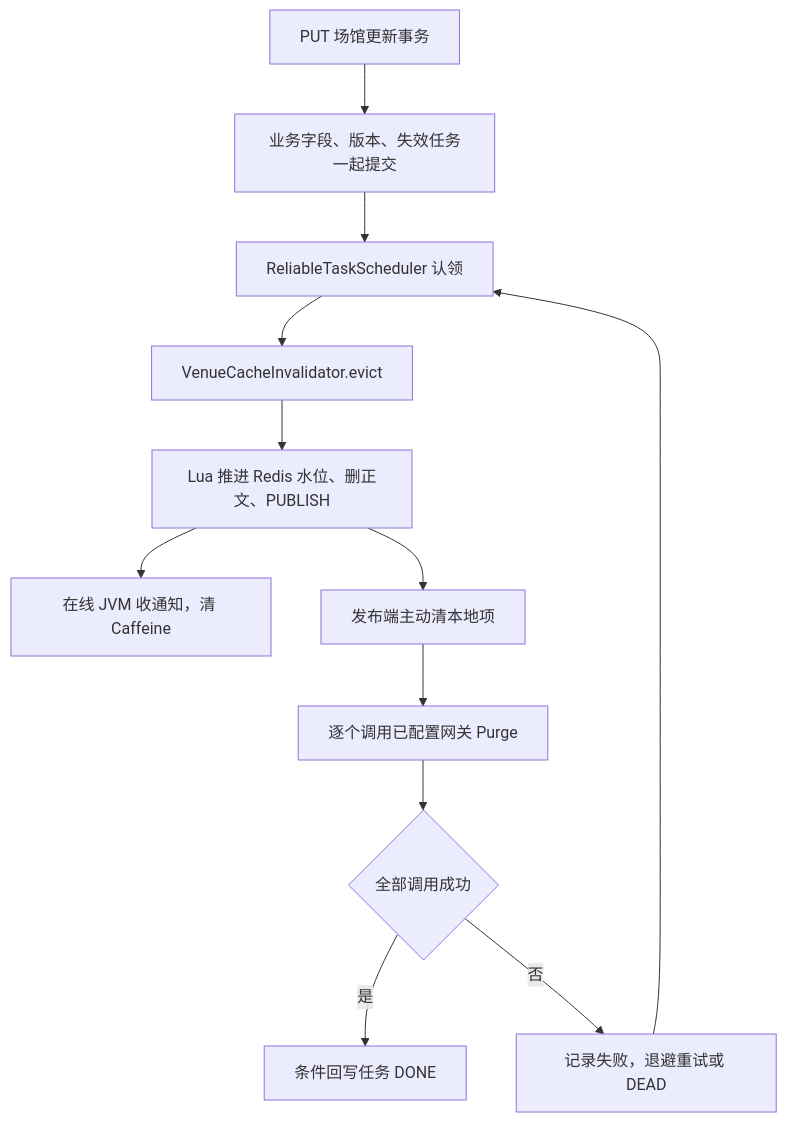
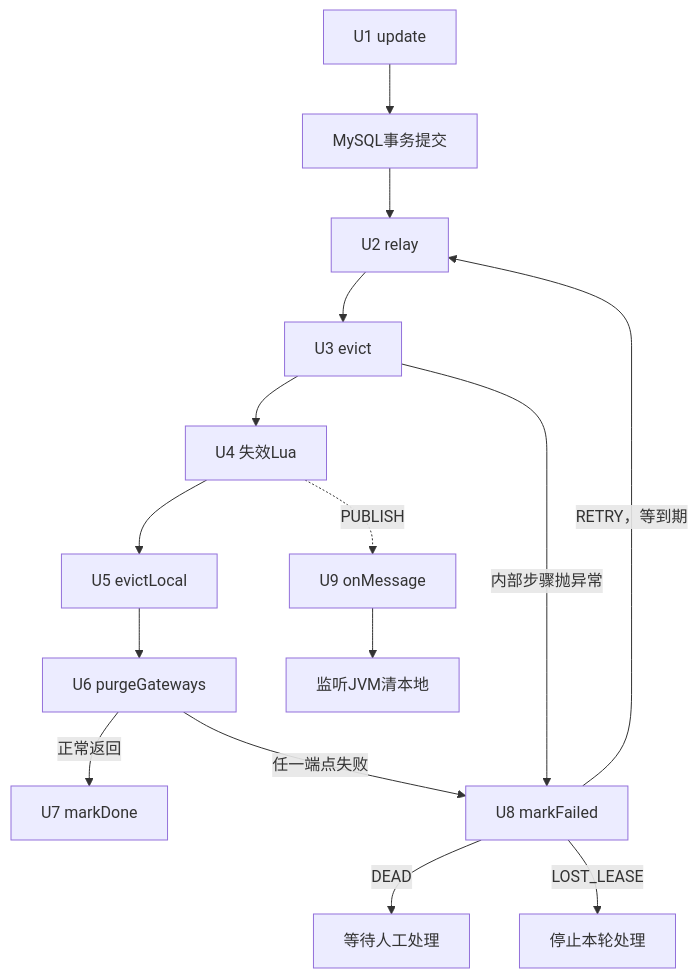
The fifth of 6 diagrams in 02-多级缓存一致性.md (SyH-101/citypass-platform), drawn with Mermaid before and after one commit. The commit also changed other lines of this file, not shown here.

Commit message:
docs: map cache refill and invalidation diagrams to implementation steps

````diff
--- a/02-多级缓存一致性.md
+++ b/02-多级缓存一致性.md
@@ -688,14 +739,17 @@
 ```mermaid
 flowchart TD
-    A["PUT 场馆更新事务"] --> B["业务字段、版本、失效任务一起提交"]
-    B --> C["ReliableTaskScheduler 认领"]
-    C --> D["VenueCacheInvalidator.evict"]
-    D --> E["Lua 推进 Redis 水位、删正文、PUBLISH"]
-    E --> F["在线 JVM 收通知，清 Caffeine"]
-    E --> G["发布端主动清本地项"]
-    G --> H["逐个调用已配置网关 Purge"]
-    H --> I{"全部调用成功"}
-    I -->|是| J["条件回写任务 DONE"]
-    I -->|否| K["记录失败，退避重试或 DEAD"]
-    K --> C
+    U1["U1 update"] --> C["MySQL事务提交"]
+    C --> U2["U2 relay"]
+    U2 --> U3["U3 evict"]
+    U3 --> U4["U4 失效Lua"]
+    U4 --> U5["U5 evictLocal"]
+    U5 --> U6["U6 purgeGateways"]
+    U6 -->|正常返回| U7["U7 markDone"]
+    U3 -->|内部步骤抛异常| U8["U8 markFailed"]
+    U6 -->|任一端点失败| U8
+    U8 -->|RETRY，等到期| U2
+    U8 -->|DEAD| X["等待人工处理"]
+    U8 -->|LOST_LEASE| Y["停止本轮处理"]
+    U4 -. PUBLISH .-> U9["U9 onMessage"]
+    U9 --> L["监听JVM清本地"]
 ```
````
